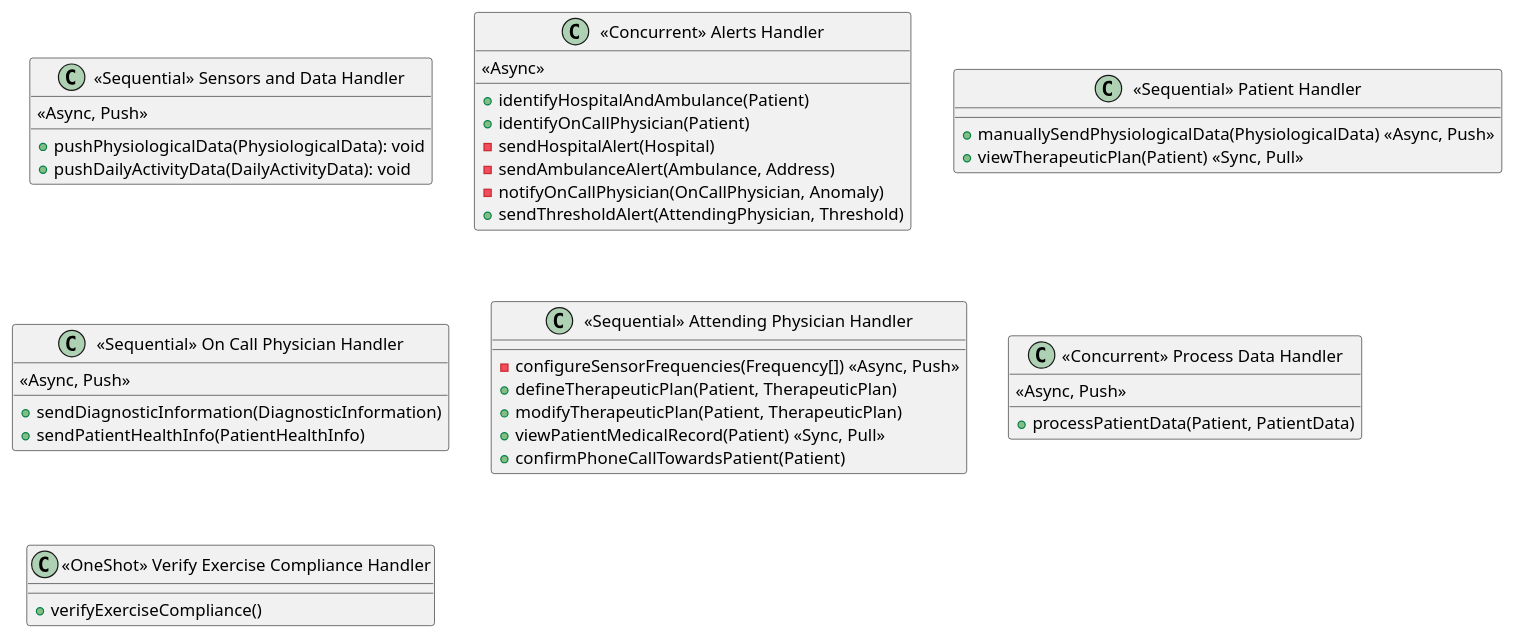
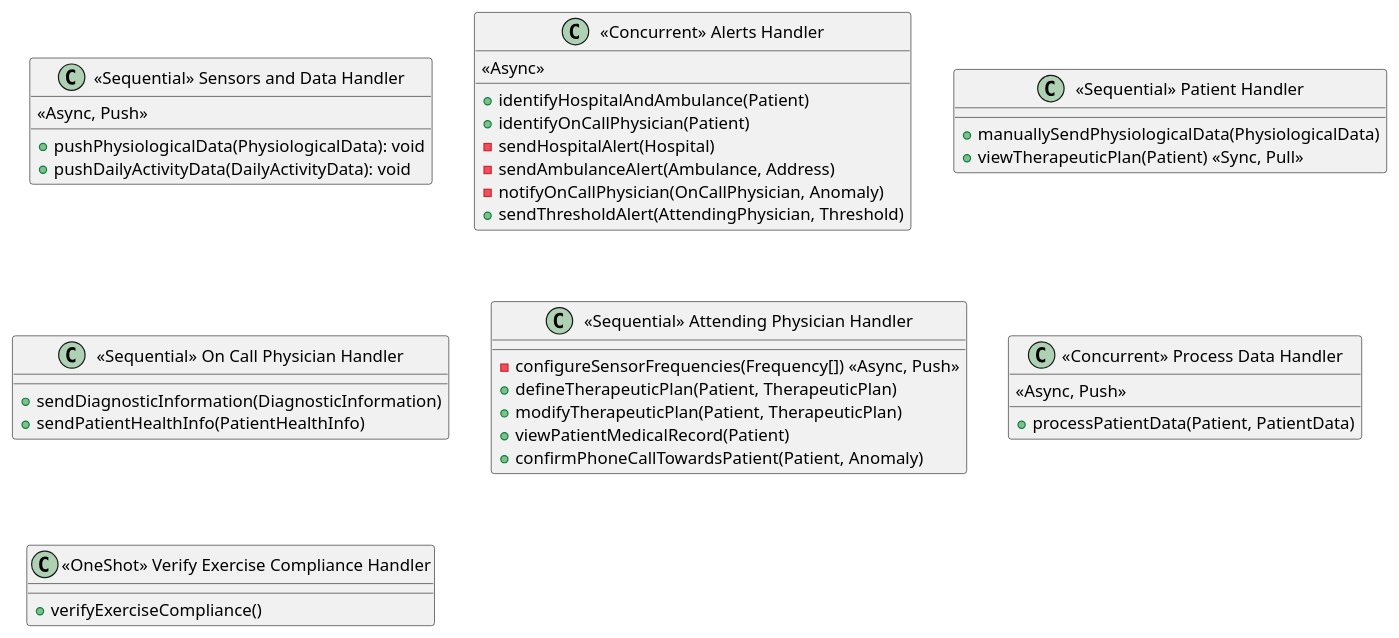
One commit to koalas11/Software-Architecture-Project changed the diagram in diagrams/concrete_diagram.plantuml. Above: the diagram before and after it, drawn with PlantUML. The commit also changed 2 other files, not shown here.

```diff
--- a/diagrams/concrete_diagram.plantuml
+++ b/diagrams/concrete_diagram.plantuml
@@ -1,47 +1,46 @@
 @startuml data_diagram
 
 class "<<Sequential>> Sensors and Data Handler" as C1 {
   <<Async, Push>>
   + pushPhysiologicalData(PhysiologicalData): void
   + pushDailyActivityData(DailyActivityData): void
 }
 
 class "<<Concurrent>> Alerts Handler" as C2 {
   +identifyHospitalAndAmbulance(Patient)
   +identifyOnCallPhysician(Patient)
   <<Async>>
   -sendHospitalAlert(Hospital)
   -sendAmbulanceAlert(Ambulance, Address)
   -notifyOnCallPhysician(OnCallPhysician, Anomaly)
   +sendThresholdAlert(AttendingPhysician, Threshold)
 }
 
 class "<<Sequential>> Patient Handler" as C3 {
-  +manuallySendPhysiologicalData(PhysiologicalData) <<Async, Push>>
+  +manuallySendPhysiologicalData(PhysiologicalData)
   +viewTherapeuticPlan(Patient) <<Sync, Pull>>
 }
 
 class "<<Sequential>> On Call Physician Handler" as C4 {
-  <<Async, Push>>
   +sendDiagnosticInformation(DiagnosticInformation)
   +sendPatientHealthInfo(PatientHealthInfo)
 }
 
 class "<<Sequential>> Attending Physician Handler" as C5 {
   -configureSensorFrequencies(Frequency[]) <<Async, Push>>
   +defineTherapeuticPlan(Patient, TherapeuticPlan)
   +modifyTherapeuticPlan(Patient, TherapeuticPlan)
-  +viewPatientMedicalRecord(Patient) <<Sync, Pull>>
-  +confirmPhoneCallTowardsPatient(Patient)
+  +viewPatientMedicalRecord(Patient)
+  +confirmPhoneCallTowardsPatient(Patient, Anomaly)
 }
 
 class "<<Concurrent>> Process Data Handler" as C6 {
   <<Async, Push>>
   +processPatientData(Patient, PatientData)
 }
 
 class "<<OneShot>> Verify Exercise Compliance Handler" as C7 {
   +verifyExerciseCompliance()
 }
 
 @enduml
```
